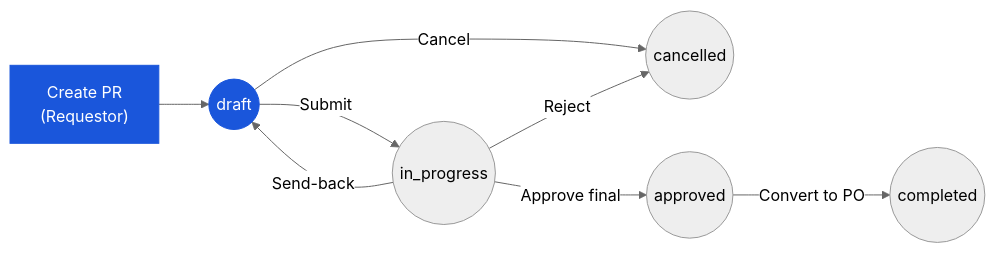
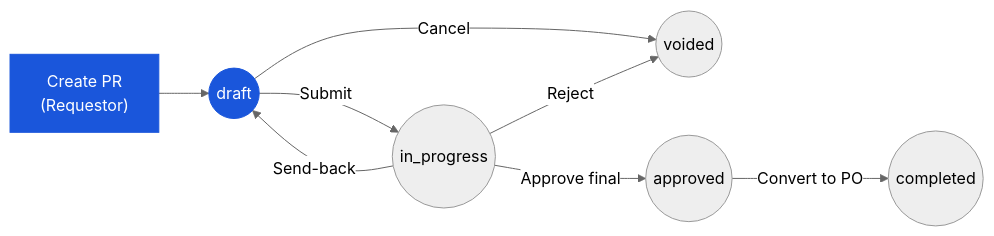
Before and after one commit to CarmenSoftware-organization/carmen-wiki: the diagram in en/inventory/purchase-request/03-user-flow-requestor.md, drawn with Mermaid (neutral theme). The commit also changed other lines of this file and 67 other files, not shown here.

First line of the commit message:
docs(enums): sync wiki with tenant Prisma schema 2026-05-19 batch

````diff
--- a/en/inventory/purchase-request/03-user-flow-requestor.md
+++ b/en/inventory/purchase-request/03-user-flow-requestor.md
@@ -23,11 +23,11 @@
 ```mermaid
 graph LR
     create["Create PR<br/>(Requestor)"]:::current --> draft(("draft")):::current
     draft -->|"Submit"| inprog(("in_progress"))
-    draft -->|"Cancel"| cancelled(("cancelled"))
+    draft -->|"Cancel"| voided(("voided"))
     inprog -->|"Send-back"| draft
     inprog -->|"Approve final"| approved(("approved"))
-    inprog -->|"Reject"| cancelled
+    inprog -->|"Reject"| voided
     approved -->|"Convert to PO"| completed(("completed"))
     classDef current fill:#1a56db,color:#fff,stroke:#1a56db;
 ```
````
